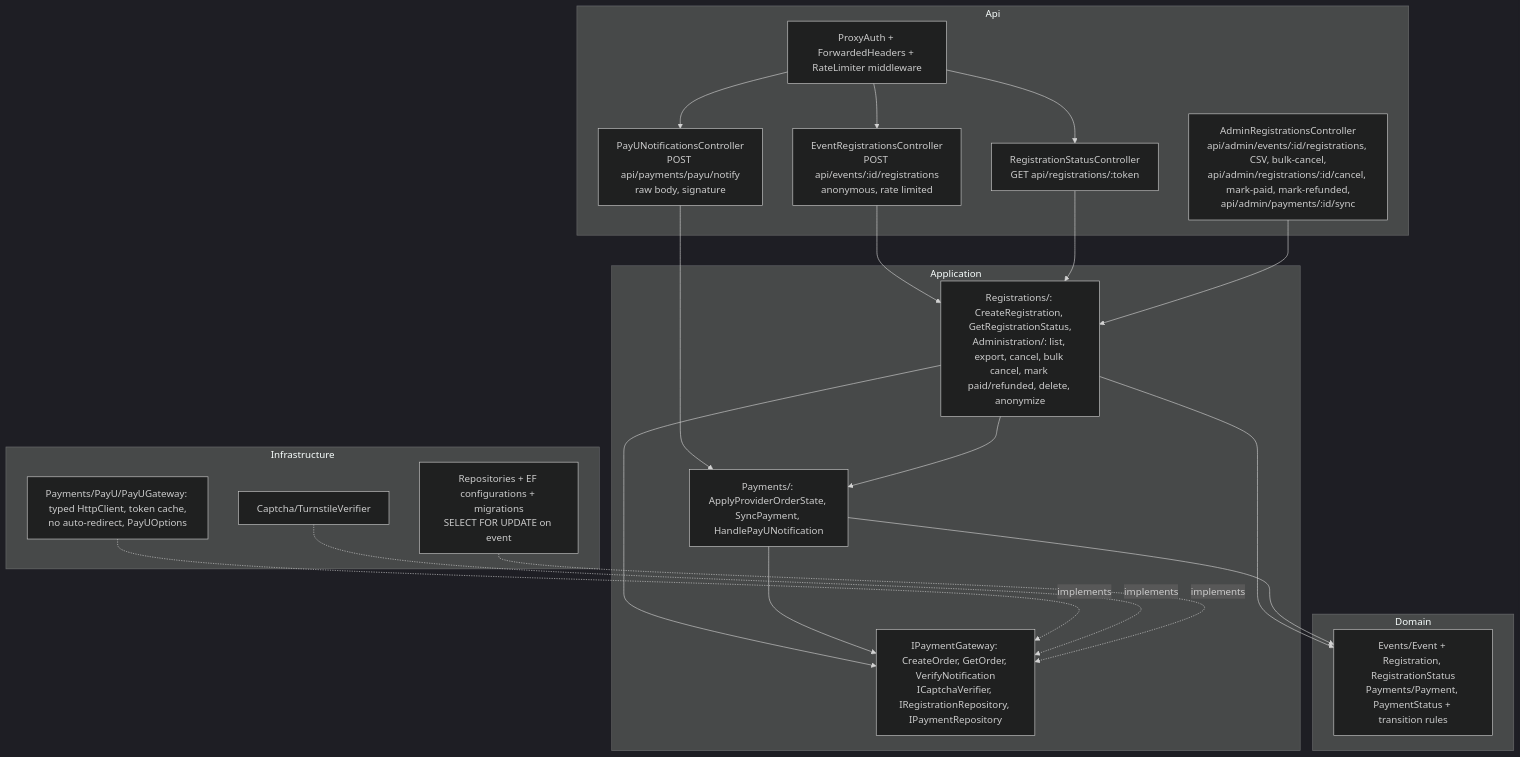
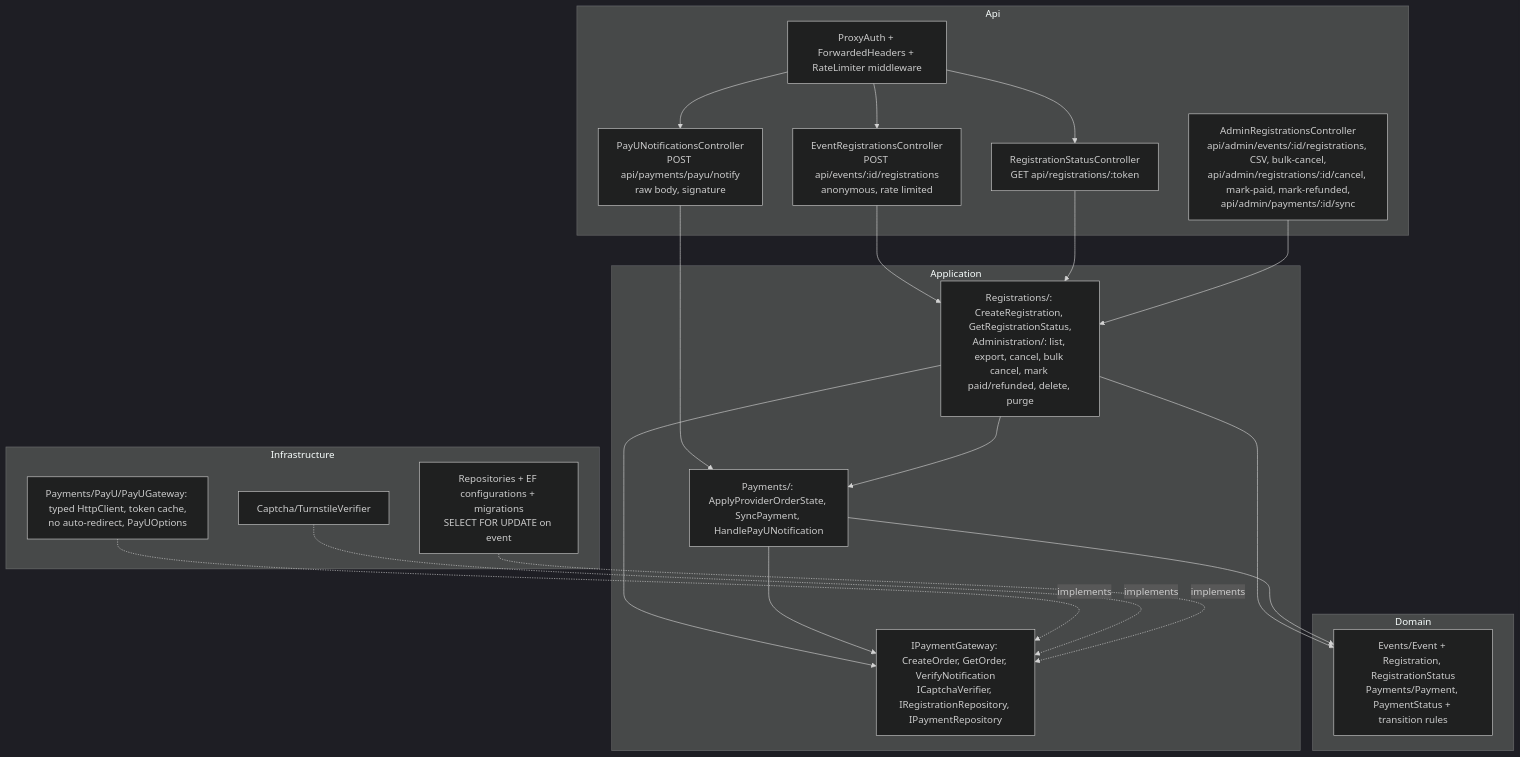
Before and after one commit to ESN-App/ESN-App: the fourth of 4 diagrams in docs/adr/005-event-registration-and-payu-payments.md, drawn with Mermaid (dark theme). The commit also changed other lines of this file, not shown here.

````diff
--- a/docs/adr/005-event-registration-and-payu-payments.md
+++ b/docs/adr/005-event-registration-and-payu-payments.md
@@ -311,30 +327,30 @@
 ```mermaid
 flowchart TB
     subgraph Api
         RC[EventRegistrationsController<br/>POST api/events/:id/registrations<br/>anonymous, rate limited]
         SC[RegistrationStatusController<br/>GET api/registrations/:token]
         NC[PayUNotificationsController<br/>POST api/payments/payu/notify<br/>raw body, signature]
         AC[AdminRegistrationsController<br/>api/admin/events/:id/registrations, CSV, bulk-cancel,<br/>api/admin/registrations/:id/cancel, mark-paid, mark-refunded,<br/>api/admin/payments/:id/sync]
         PX[ProxyAuth + ForwardedHeaders + RateLimiter middleware]
     end
     subgraph Application
-        UC[Registrations/: CreateRegistration, GetRegistrationStatus,<br/>Administration/: list, export, cancel, bulk cancel, mark paid/refunded, delete, anonymize]
+        UC[Registrations/: CreateRegistration, GetRegistrationStatus,<br/>Administration/: list, export, cancel, bulk cancel, mark paid/refunded, delete, purge]
         PU[Payments/: ApplyProviderOrderState, SyncPayment, HandlePayUNotification]
         IF[IPaymentGateway: CreateOrder, GetOrder, VerifyNotification<br/>ICaptchaVerifier, IRegistrationRepository, IPaymentRepository]
     end
     subgraph Domain
         E[Events/Event + Registration, RegistrationStatus<br/>Payments/Payment, PaymentStatus + transition rules]
     end
     subgraph Infrastructure
         PC[Payments/PayU/PayUGateway: typed HttpClient, token cache,<br/>no auto-redirect, PayUOptions]
         TS[Captcha/TurnstileVerifier]
         RP[Repositories + EF configurations + migrations<br/>SELECT FOR UPDATE on event]
     end
     PX --> RC & SC & NC
     RC & SC & AC --> UC
     NC --> PU
     UC --> PU
     UC & PU --> IF
     UC & PU --> E
     PC & TS & RP -.implements.-> IF
 ```
````
